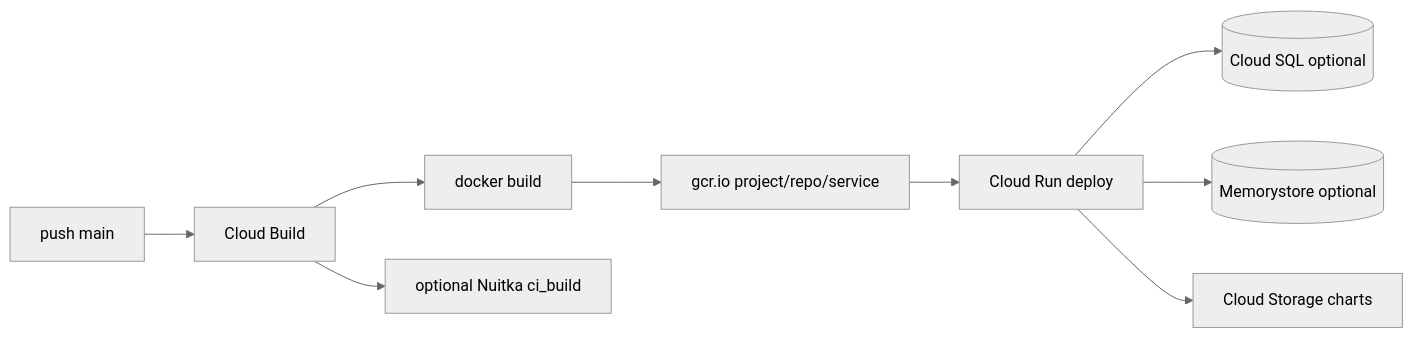
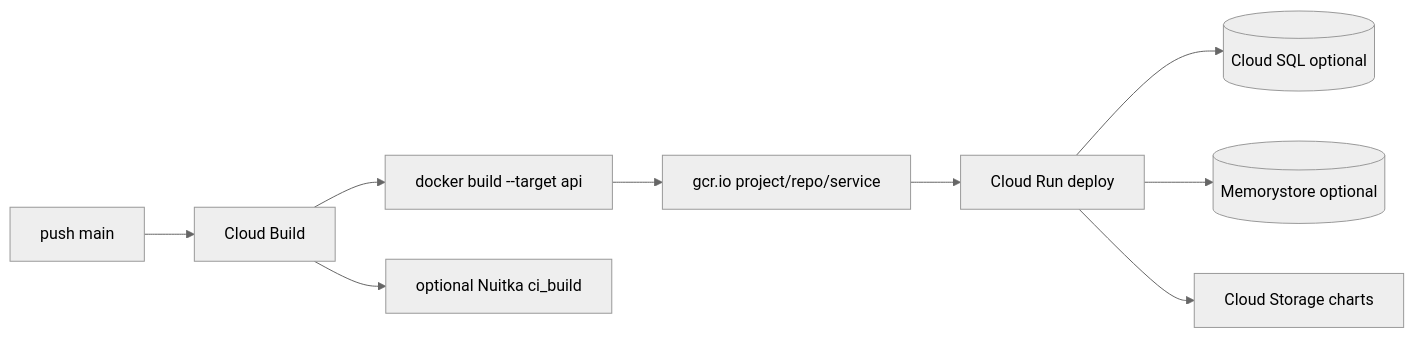
One commit to hoox-sh/pyne changed the diagram in docs/pyne/devops/gcp.mdx. Above: the diagram before and after it, drawn with Mermaid (neutral theme). The commit also changed other lines of this file and 16 other files, not shown here.

First line of the commit message:
feat(docker): multi-stage multi-target image with bake and compose overlays

````diff
--- a/docs/pyne/devops/gcp.mdx
+++ b/docs/pyne/devops/gcp.mdx
@@ -35,11 +35,11 @@
 ```mermaid
 flowchart LR
   GIT[push main] --> CB[Cloud Build]
-  CB --> DOCKER[docker build]
+  CB --> DOCKER["docker build --target api"]
   DOCKER --> GCR[gcr.io project/repo/service]
   GCR --> RUN[Cloud Run deploy]
   CB --> LSP[optional Nuitka ci_build]
   RUN --> SQL[(Cloud SQL optional)]
   RUN --> REDIS[(Memorystore optional)]
   RUN --> GCS[Cloud Storage charts]
 ```
````
